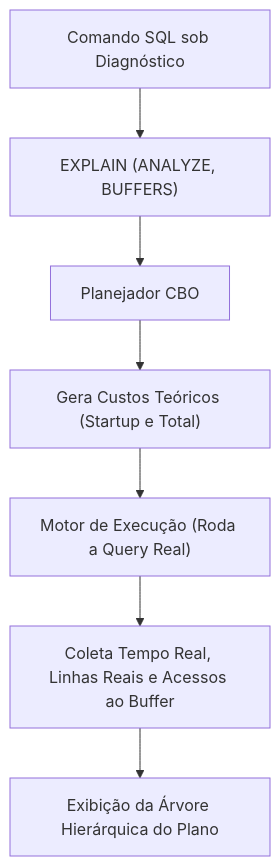
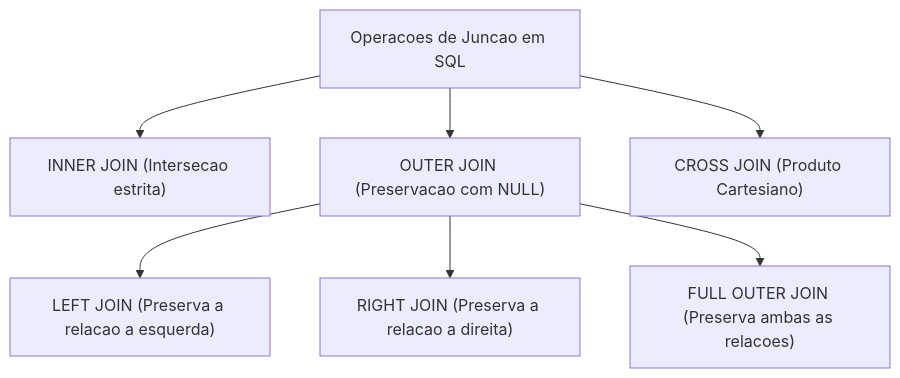
One commit to murilolol/unifef changed the fourth of 13 diagrams in 4º Semestre/[Prof. Welington Garcia] Tópicos Avançados em Banco de Dados/Resumos-IA/Caderno-Consolidado.md. Above: the diagram before and after it, drawn with Mermaid. The commit also changed other lines of this file and 25 other files, not shown here.

````diff
--- a/4º Semestre/[Prof. Welington Garcia] Tópicos Avançados em Banco de Dados/Resumos-IA/Caderno-Consolidado.md
+++ b/4º Semestre/[Prof. Welington Garcia] Tópicos Avançados em Banco de Dados/Resumos-IA/Caderno-Consolidado.md
@@ -324,9 +391,11 @@
 ```mermaid
 flowchart TD
-  SQL["Comando SQL sob Diagnóstico"] --> Submissao["EXPLAIN (ANALYZE, BUFFERS)"]
-  Submissao --> Planner["Planejador CBO"]
-  Planner --> Estimativa["Gera Custos Teóricos (Startup e Total)"]
-  Estimativa --> Executor["Motor de Execução (Roda a Query Real)"]
-  Executor --> Telemetria["Coleta Tempo Real, Linhas Reais e Acessos ao Buffer"]
-  Telemetria --> Relatorio["Exibição da Árvore Hierárquica do Plano"]
+  J["Operacoes de Juncao em SQL"]
+  J --> Inner["INNER JOIN (Intersecao estrita)"]
+  J --> Outer["OUTER JOIN (Preservacao com NULL)"]
+  J --> Cross["CROSS JOIN (Produto Cartesiano)"]
+  
+  Outer --> Left["LEFT JOIN (Preserva a relacao a esquerda)"]
+  Outer --> Right["RIGHT JOIN (Preserva a relacao a direita)"]
+  Outer --> Full["FULL OUTER JOIN (Preserva ambas as relacoes)"]
 ```
````
